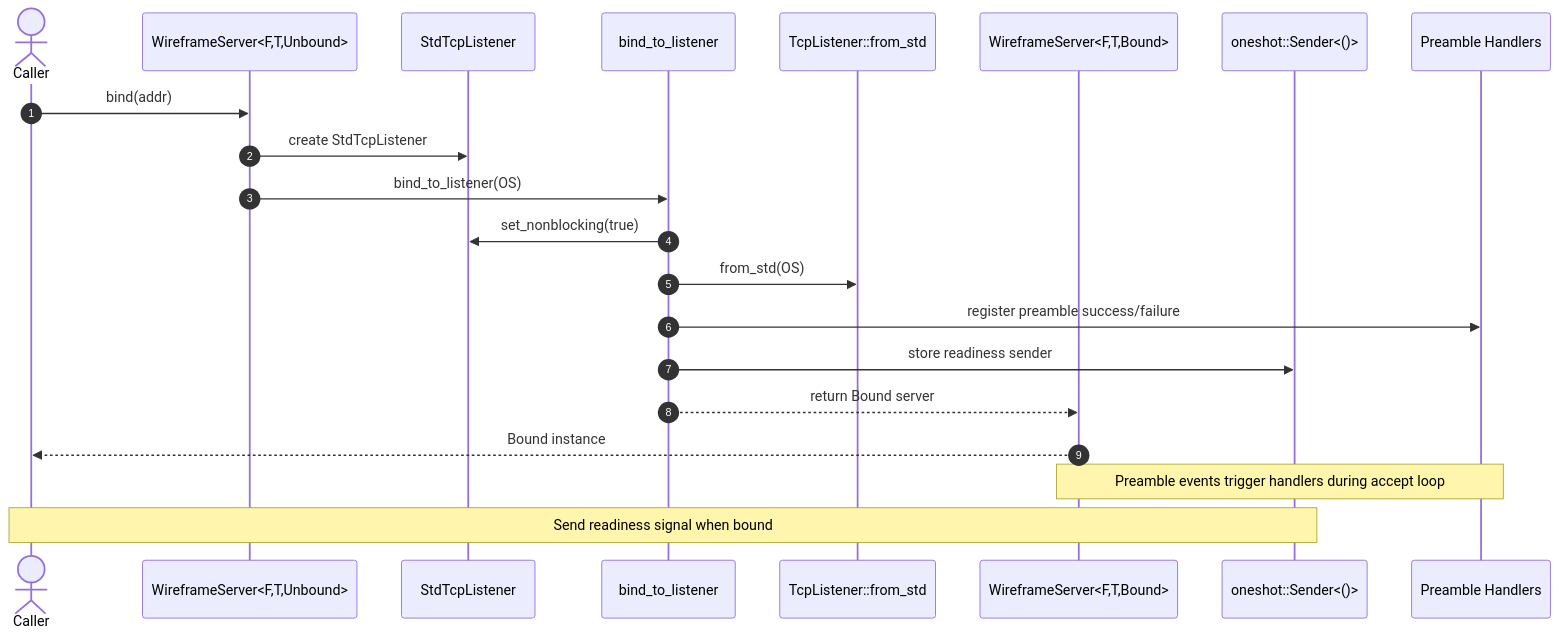
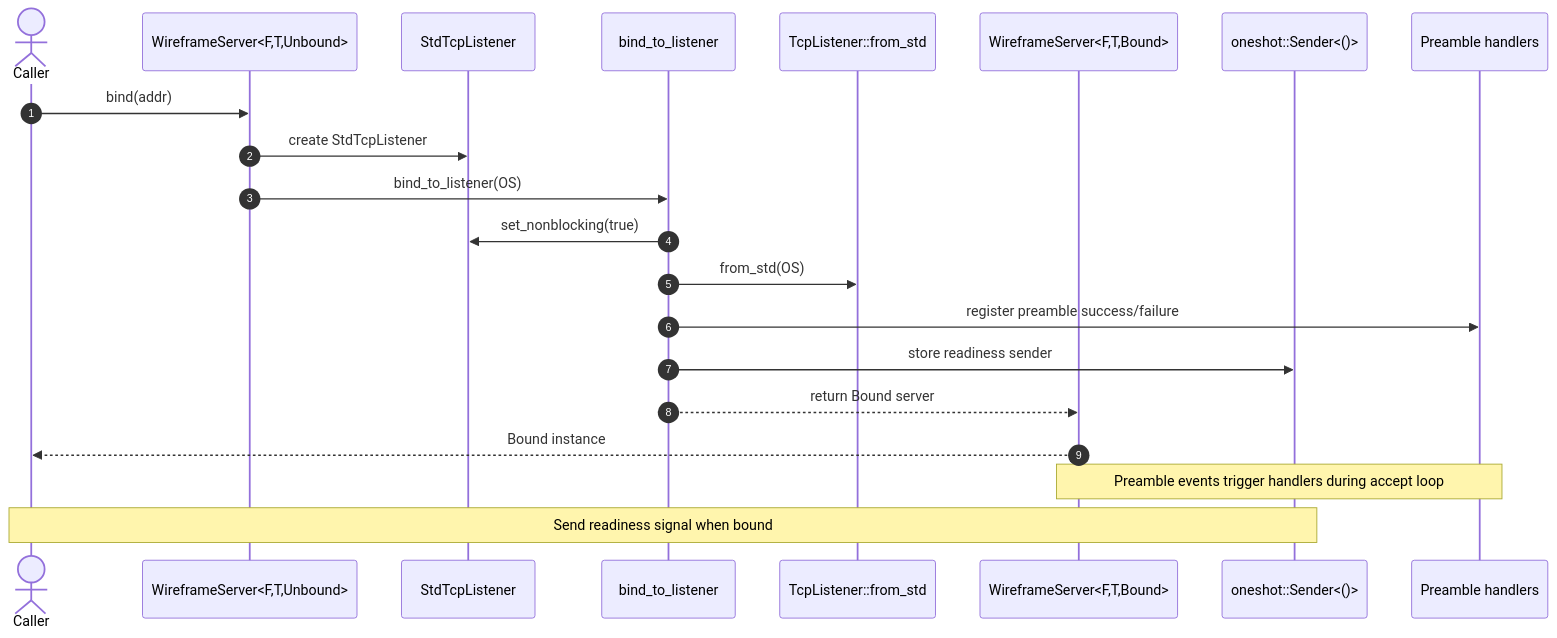
Before and after one commit to leynos/wireframe: the diagram in docs/server/configuration.md, drawn with Mermaid. The commit also changed other lines of this file and 1 other file, not shown here.

````diff
--- a/docs/server/configuration.md
+++ b/docs/server/configuration.md
@@ -25,25 +25,25 @@
 ```mermaid
 sequenceDiagram
   autonumber
   actor Caller
   participant WS as WireframeServer<F,T,Unbound>
   participant OS as StdTcpListener
   participant Helper as bind_to_listener
   participant Tokio as TcpListener::from_std
   participant WSB as WireframeServer<F,T,Bound>
   participant Ready as oneshot::Sender<()>
-  participant Hooks as Preamble Handlers
+  participant Hooks as Preamble handlers
 
   Caller->>WS: bind(addr)
   WS->>OS: create StdTcpListener
   WS->>Helper: bind_to_listener(OS)
   Helper->>OS: set_nonblocking(true)
   Helper->>Tokio: from_std(OS)
   Helper->>Hooks: register preamble success/failure
   Helper->>Ready: store readiness sender
   Helper-->>WSB: return Bound server
   WSB-->>Caller: Bound instance
 
   note over Hooks,WSB: Preamble events trigger handlers during accept loop
   note over Ready,Caller: Send readiness signal when bound
 ```
````
